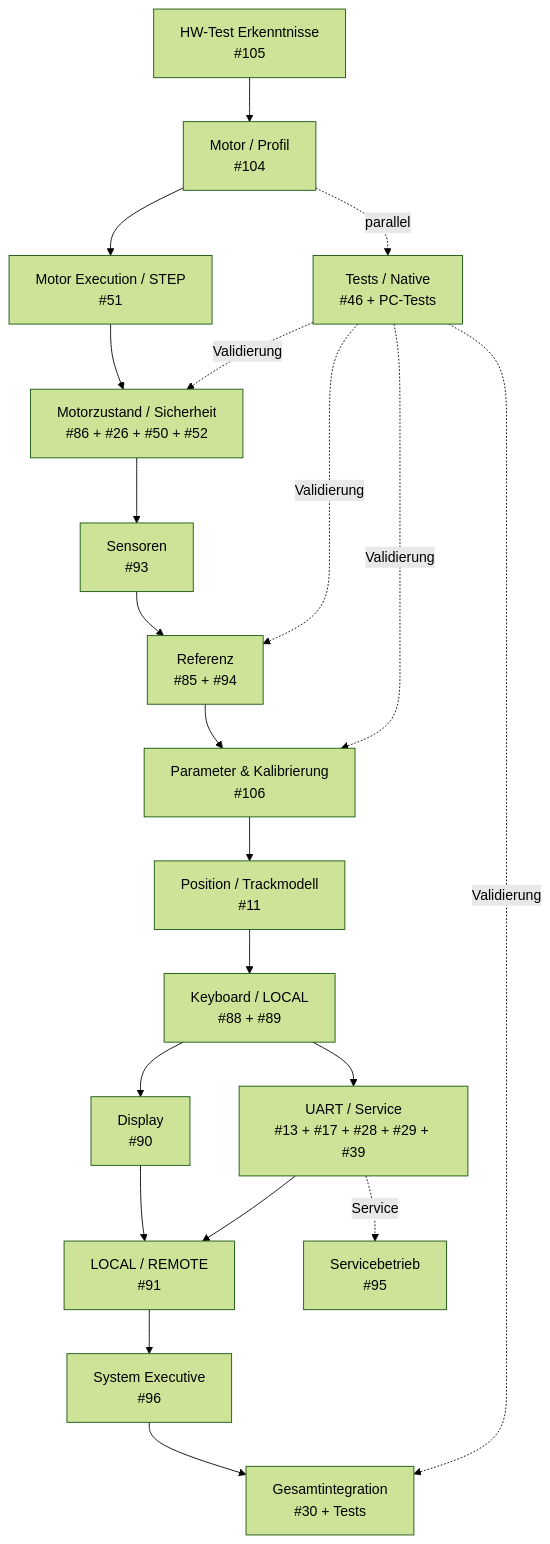
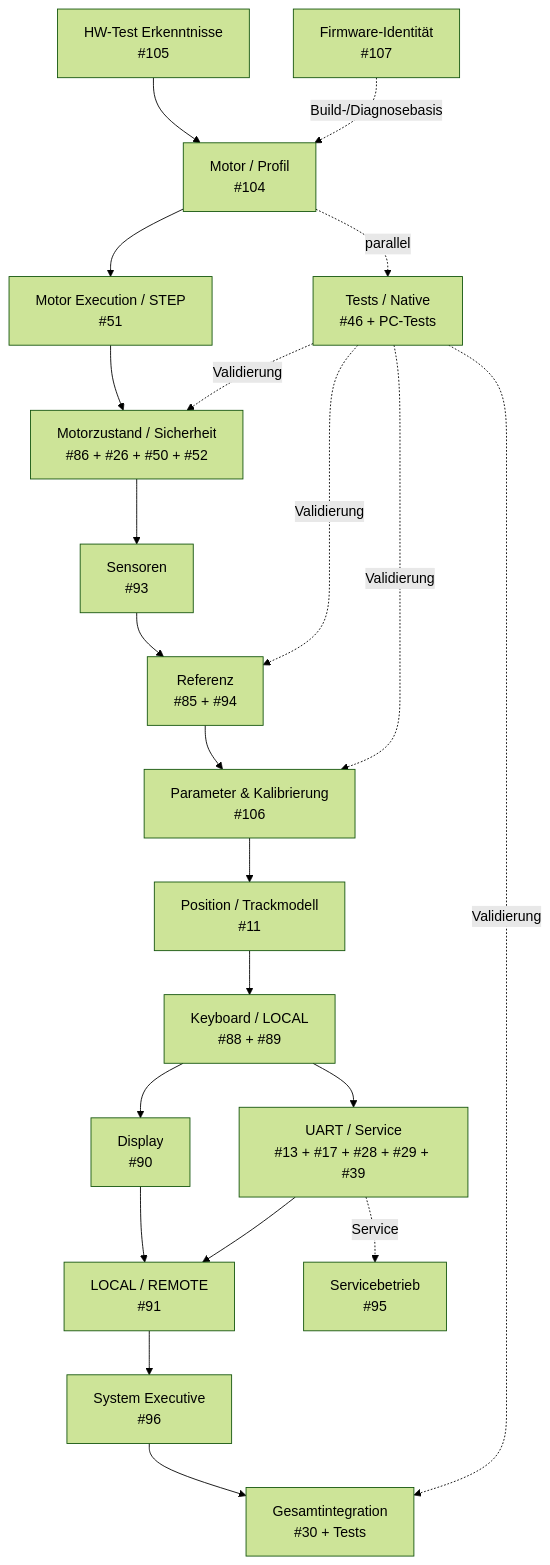
Before and after one commit to ErikaB-sys/Fiddle_yard_UVB: the diagram in Documents/FY_Productivsoftware_Roadmap.md, drawn with Mermaid (forest theme). The commit also changed other lines of this file, not shown here.

Commit message:
feat:#104 Update productive software roadmap with firmware identity

````diff
--- a/Documents/FY_Productivsoftware_Roadmap.md
+++ b/Documents/FY_Productivsoftware_Roadmap.md
@@ -5,23 +5,24 @@
 ```mermaid
 flowchart TD
     A["HW-Test Erkenntnisse<br/>#105"] --> B["Motor / Profil<br/>#104"]
+    V["Firmware-Identität<br/>#107"] -. Build-/Diagnosebasis .-> B
     B --> C["Motor Execution / STEP<br/>#51"]
     B -. parallel .-> T["Tests / Native<br/>#46 + PC-Tests"]
     C --> D["Motorzustand / Sicherheit<br/>#86 + #26 + #50 + #52"]
     D --> E["Sensoren<br/>#93"]
     E --> F["Referenz<br/>#85 + #94"]
     F --> G["Parameter & Kalibrierung<br/>#106"]
     G --> H["Position / Trackmodell<br/>#11"]
     H --> I["Keyboard / LOCAL<br/>#88 + #89"]
     I --> J["Display<br/>#90"]
     I --> K["UART / Service<br/>#13 + #17 + #28 + #29 + #39"]
     J --> L["LOCAL / REMOTE<br/>#91"]
     K --> L
     K -. Service .-> S["Servicebetrieb<br/>#95"]
     L --> M["System Executive<br/>#96"]
     M --> N["Gesamtintegration<br/>#30 + Tests"]
     T -. Validierung .-> D
     T -. Validierung .-> F
     T -. Validierung .-> G
     T -. Validierung .-> N
 ```
````
